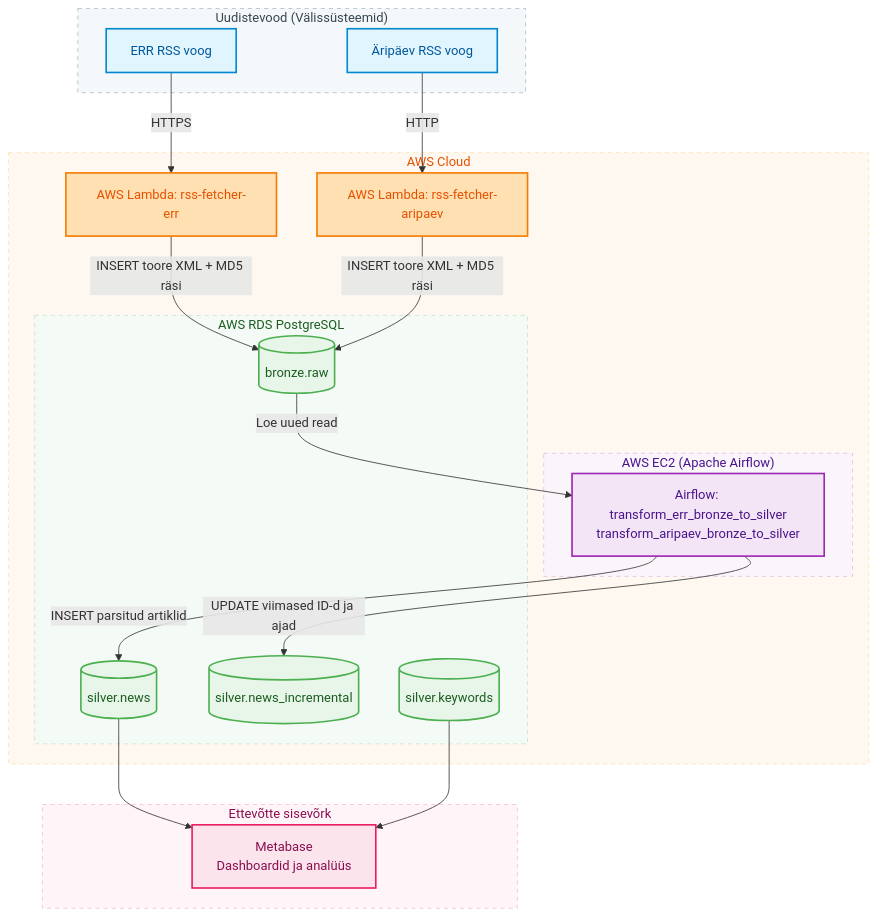
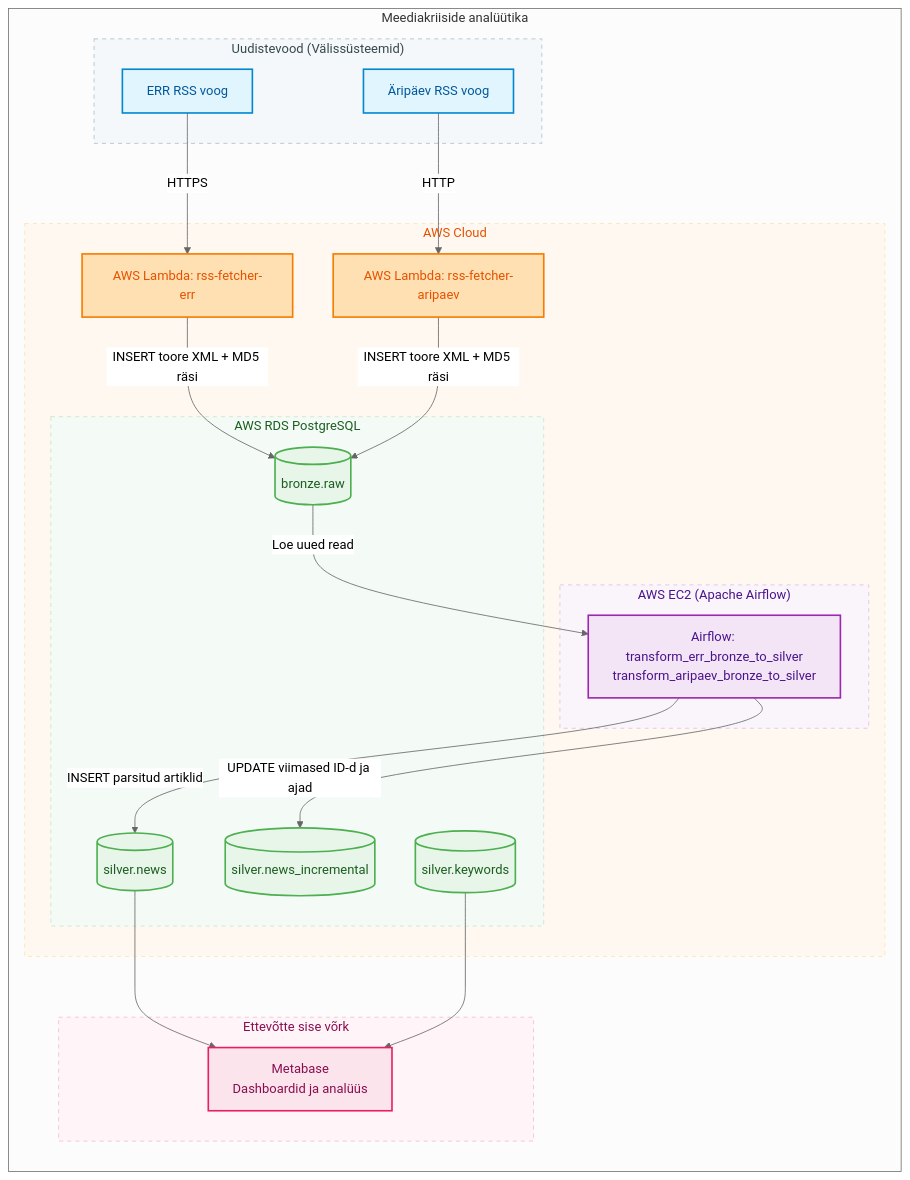
The first of 2 diagrams in docs/arhitektuur.md (kaidokariste/ut-aik-grupitoo), drawn with Mermaid before and after one commit. The commit also changed other lines of this file and 2 other files, not shown here.

Commit message:
mermaid theme fix

````diff
--- a/docs/arhitektuur.md
+++ b/docs/arhitektuur.md
@@ -22,58 +22,60 @@
 ```mermaid
-flowchart TD
-    subgraph ALLIKAD["Uudistevood (Välissüsteemid)"]
-        RSS1["ERR RSS voog"]
-        RSS2["Äripäev RSS voog"]
-    end
+%%{init: {'theme': 'neutral'}}%%
+flowchart LR
+    subgraph PROJECT["Meediakriiside analüütika"]
+        subgraph ALLIKAD["Uudistevood (Välissüsteemid)"]
+            RSS1["ERR RSS voog"]
+            RSS2["Äripäev RSS voog"]
+        end
 
-    subgraph INGEST["AWS Cloud"]
-        LAMBDA1["AWS Lambda: rss-fetcher-err"]
-        LAMBDA2["AWS Lambda: rss-fetcher-aripaev"]
-        subgraph TRANS["AWS EC2 (Apache Airflow)"]
-            AIRFLOW["Airflow: <br>transform_err_bronze_to_silver<br>transform_aripaev_bronze_to_silver"]
+        subgraph INGEST["AWS Cloud"]
+            LAMBDA1["AWS Lambda: rss-fetcher-err"]
+            LAMBDA2["AWS Lambda: rss-fetcher-aripaev"]
+            subgraph TRANS["AWS EC2 (Apache Airflow)"]
+                AIRFLOW["Airflow: <br>transform_err_bronze_to_silver<br>transform_aripaev_bronze_to_silver"]
+            end
+                subgraph STORAGE["AWS RDS PostgreSQL"]
+            BRONZE[("bronze.raw")]
+            SILVER_NEWS[("silver.news")]
+            SILVER_INC[("silver.news_incremental")]
+            KEYWORDS[("silver.keywords")]
+            end
         end
-            subgraph STORAGE["AWS RDS PostgreSQL"]
-        BRONZE[("bronze.raw")]
-        SILVER_NEWS[("silver.news")]
-        SILVER_INC[("silver.news_incremental")]
-        KEYWORDS[("silver.keywords")]
+
+        subgraph VISUAL["Ettevõtte sise võrk"]
+            METABASE["Metabase<br>Dashboardid ja analüüs"]
         end
     end
-
-    subgraph VISUAL["Ettevõtte sisevõrk"]
-        METABASE["Metabase<br>Dashboardid ja analüüs"]
-    end
-
     RSS1 -->|HTTPS| LAMBDA1
     RSS2 -->|HTTP| LAMBDA2
     LAMBDA1 -->|INSERT toore XML + MD5 räsi| BRONZE
     LAMBDA2 -->|INSERT toore XML + MD5 räsi| BRONZE
 
     BRONZE -->|Loe uued read| AIRFLOW
     AIRFLOW -->|INSERT parsitud artiklid| SILVER_NEWS
     AIRFLOW -->|UPDATE viimased ID-d ja ajad| SILVER_INC
 
     SILVER_NEWS --> METABASE
     KEYWORDS --> METABASE
 
     %% Stiiliklassid ja teemad
     classDef allikas fill:#E1F5FE,stroke:#0288D1,stroke-width:2px,color:#01579B;
     classDef lambda fill:#FFE0B2,stroke:#F57C00,stroke-width:2px,color:#E65100;
     classDef andmed fill:#E8F5E9,stroke:#4CAF50,stroke-width:2px,color:#1B5E20;
     classDef airflow fill:#F3E5F5,stroke:#9C27B0,stroke-width:2px,color:#4A148C;
     classDef metabase fill:#FCE4EC,stroke:#E91E63,stroke-width:2px,color:#880E4F;
 
     %% Klasside omistamine elementidele
     class RSS1,RSS2 allikas;
     class LAMBDA1,LAMBDA2 lambda;
     class BRONZE,SILVER_NEWS,SILVER_INC,KEYWORDS andmed;
     class AIRFLOW airflow;
     class METABASE metabase;
     
     %% Subgraphide stiilid
     style ALLIKAD fill:#F4F8FA,stroke:#B0BEC5,stroke-width:1px,stroke-dasharray: 5 5,color:#37474F
     style INGEST fill:#FFF8F1,stroke:#FFE0B2,stroke-width:1px,stroke-dasharray: 5 5,color:#E65100
     style STORAGE fill:#F4FAF5,stroke:#C8E6C9,stroke-width:1px,stroke-dasharray: 5 5,color:#1B5E20
     style TRANS fill:#FAF5FB,stroke:#E1BEE7,stroke-width:1px,stroke-dasharray: 5 5,color:#4A148C
     style VISUAL fill:#FFF5F8,stroke:#F8BBD0,stroke-width:1px,stroke-dasharray: 5 5,color:#880E4F
 ```
````
